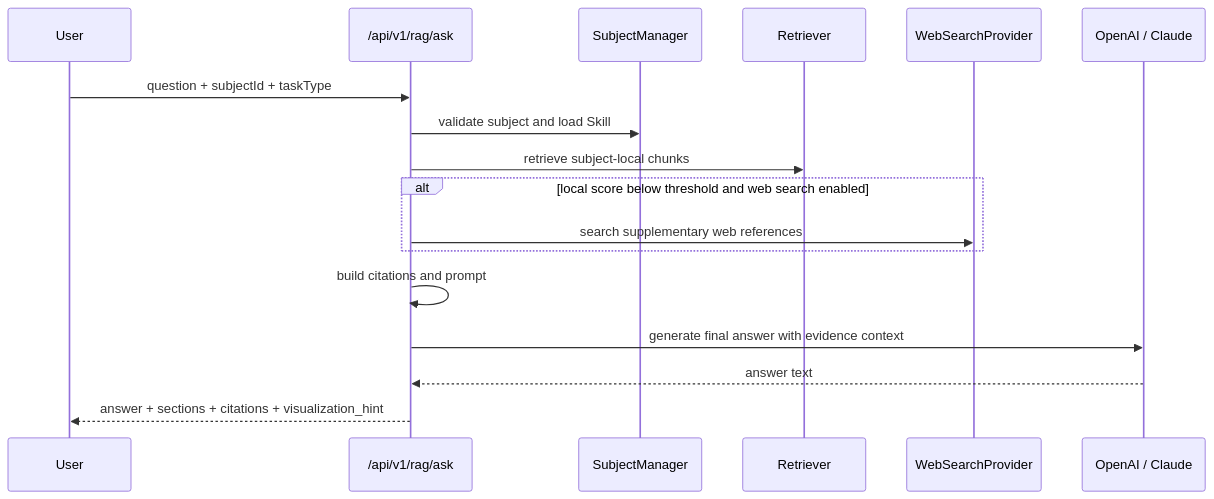
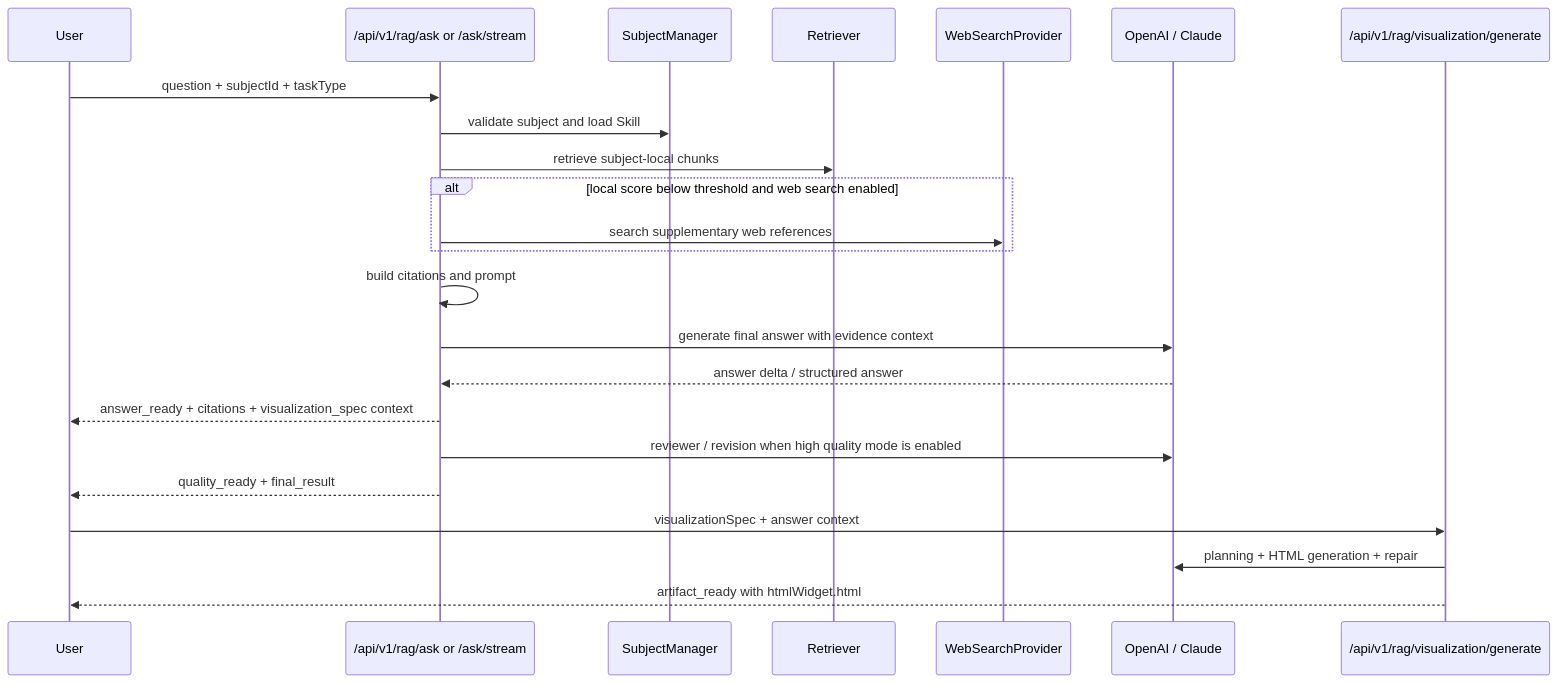
One commit to hanx-777/STEMotion changed the second of 2 diagrams in README.md. Above: the diagram before and after it, drawn with Mermaid. The commit also changed other lines of this file and 317 other files, not shown here.

Commit message:
fix(rag): 002B lightweight multi-agent pipeline optimizations and reviewer prompt fixes

````diff
--- a/README.md
+++ b/README.md
@@ -321,20 +353,26 @@
 ```mermaid
 sequenceDiagram
   participant U as User
-  participant API as /api/v1/rag/ask
+  participant API as /api/v1/rag/ask or /ask/stream
   participant S as SubjectManager
   participant R as Retriever
   participant W as WebSearchProvider
   participant L as OpenAI / Claude
+  participant V as /api/v1/rag/visualization/generate
 
   U->>API: question + subjectId + taskType
   API->>S: validate subject and load Skill
   API->>R: retrieve subject-local chunks
   alt local score below threshold and web search enabled
     API->>W: search supplementary web references
   end
   API->>API: build citations and prompt
   API->>L: generate final answer with evidence context
-  L-->>API: answer text
-  API-->>U: answer + sections + citations + visualization_hint
+  L-->>API: answer delta / structured answer
+  API-->>U: answer_ready + citations + visualization_spec context
+  API->>L: reviewer / revision when high quality mode is enabled
+  API-->>U: quality_ready + final_result
+  U->>V: visualizationSpec + answer context
+  V->>L: planning + HTML generation + repair
+  V-->>U: artifact_ready with htmlWidget.html
 ```
````
